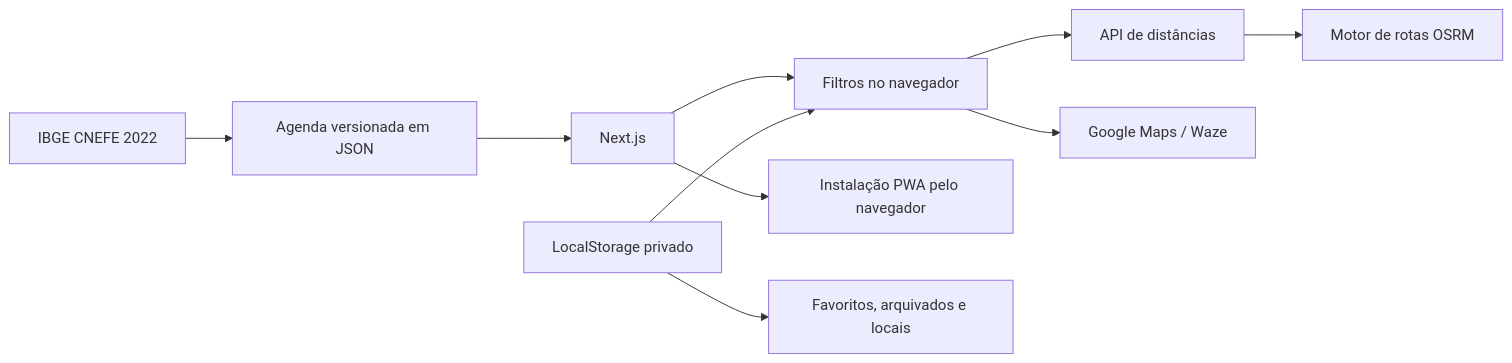
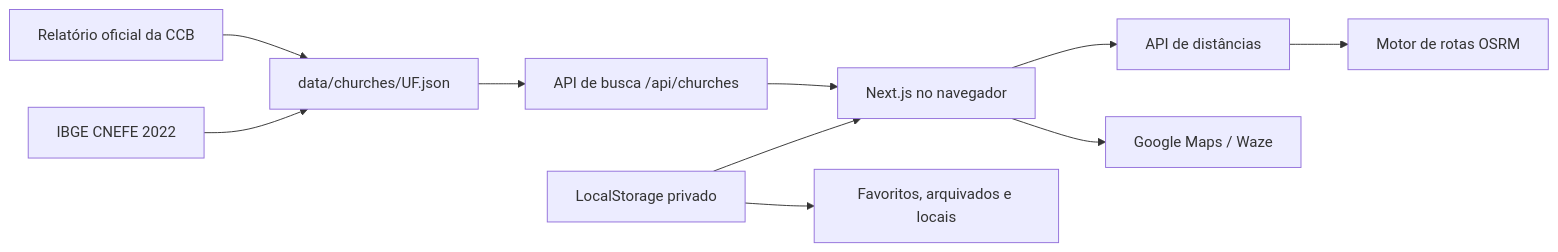
Before and after one commit to RDEsley/Casas-de-Oracao: the diagram in README.md, drawn with Mermaid. The commit also changed other lines of this file and 4 other files, not shown here.

````diff
--- a/README.md
+++ b/README.md
@@ -58,12 +60,12 @@
 ```mermaid
 flowchart LR
-  A[Agenda versionada em JSON] --> B[Next.js]
-  B --> C[Filtros no navegador]
-  I[IBGE CNEFE 2022] --> A
-  B --> J[Instalação PWA pelo navegador]
+  A[Relatório oficial da CCB] --> B[data/churches/UF.json]
+  I[IBGE CNEFE 2022] --> B
+  B --> S[API de busca /api/churches]
+  S --> C[Next.js no navegador]
   C --> D[API de distâncias]
   D --> E[Motor de rotas OSRM]
   C --> F[Google Maps / Waze]
   G[LocalStorage privado] --> C
   G --> H[Favoritos, arquivados e locais]
 ```
````
